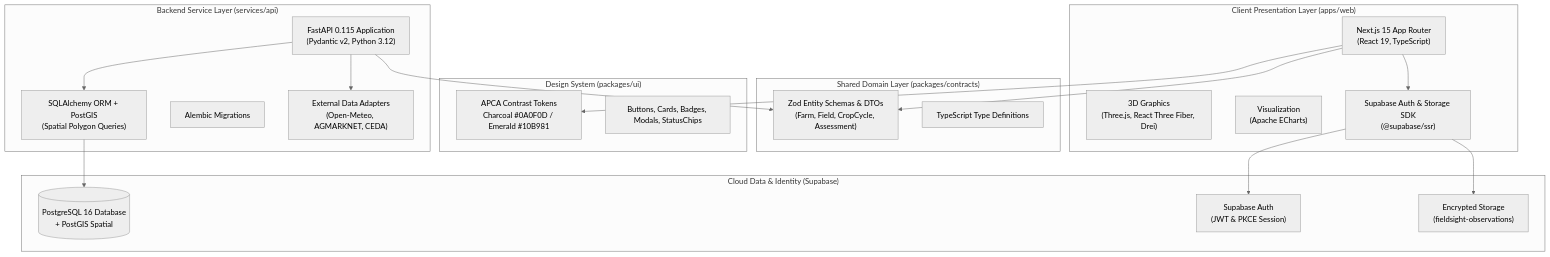
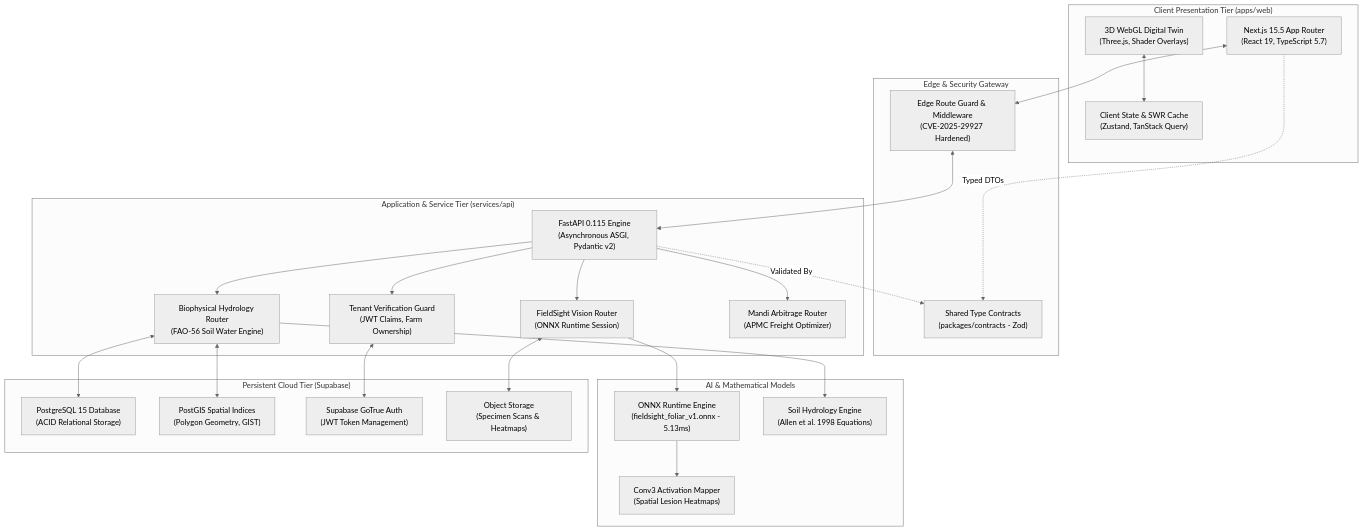
One commit to TanishBane/Nexfield changed the first of 6 diagrams in README.md. Above: the diagram before and after it, drawn with Mermaid (neutral theme). The commit also changed other lines of this file and 32 other files, not shown here.

````diff
--- a/README.md
+++ b/README.md
@@ -301,42 +96,54 @@
 ```mermaid
 flowchart TB
-    subgraph Client Application ["Client Presentation Layer (apps/web)"]
-        Next["Next.js 15 App Router\n(React 19, TypeScript)"]
-        R3F["3D Graphics\n(Three.js, React Three Fiber, Drei)"]
-        Charts["Visualization\n(Apache ECharts)"]
-        SupaClient["Supabase Auth & Storage SDK\n(@supabase/ssr)"]
+    subgraph Client ["Client Presentation Tier (apps/web)"]
+        Next["Next.js 15.5 App Router<br/>(React 19, TypeScript 5.7)"]
+        ThreeCanvas["3D WebGL Digital Twin<br/>(Three.js, Shader Overlays)"]
+        ClientState["Client State & SWR Cache<br/>(Zustand, TanStack Query)"]
     end
 
-    subgraph Shared Contracts ["Shared Domain Layer (packages/contracts)"]
-        ZodSchemas["Zod Entity Schemas & DTOs\n(Farm, Field, CropCycle, Assessment)"]
-        TypeDefinitions["TypeScript Type Definitions"]
+    subgraph Edge ["Edge & Security Gateway"]
+        EdgeGuard["Edge Route Guard & Middleware<br/>(CVE-2025-29927 Hardened)"]
+        Contracts["Shared Type Contracts<br/>(packages/contracts - Zod)"]
     end
 
-    subgraph UI System ["Design System (packages/ui)"]
-        Primitives["APCA Contrast Tokens\nCharcoal #0A0F0D / Emerald #10B981"]
-        Components["Buttons, Cards, Badges, Modals, StatusChips"]
+    subgraph Service ["Application & Service Tier (services/api)"]
+        FastAPI["FastAPI 0.115 Engine<br/>(Asynchronous ASGI, Pydantic v2)"]
+        AuthGuard["Tenant Verification Guard<br/>(JWT Claims, Farm Ownership)"]
+        TwinRouter["Biophysical Hydrology Router<br/>(FAO-56 Soil Water Engine)"]
+        SightRouter["FieldSight Vision Router<br/>(ONNX Runtime Session)"]
+        MarketRouter["Mandi Arbitrage Router<br/>(APMC Freight Optimizer)"]
     end
 
-    subgraph Backend Services ["Backend Service Layer (services/api)"]
-        FastAPI["FastAPI 0.115 Application\n(Pydantic v2, Python 3.12)"]
-        ORM["SQLAlchemy ORM + PostGIS\n(Spatial Polygon Queries)"]
-        Alembic["Alembic Migrations"]
-        Adapters["External Data Adapters\n(Open-Meteo, AGMARKNET, CEDA)"]
+    subgraph Models ["AI & Mathematical Models"]
+        ONNX["ONNX Runtime Engine<br/>(fieldsight_foliar_v1.onnx - 5.13ms)"]
+        CAM["Conv3 Activation Mapper<br/>(Spatial Lesion Heatmaps)"]
+        BioPhys["Soil Hydrology Engine<br/>(Allen et al. 1998 Equations)"]
     end
 
-    subgraph Cloud Storage ["Cloud Data & Identity (Supabase)"]
-        Postgres[("PostgreSQL 16 Database\n+ PostGIS Spatial")]
-        AuthService["Supabase Auth\n(JWT & PKCE Session)"]
-        PrivateBucket["Encrypted Storage\n(fieldsight-observations)"]
+    subgraph Database ["Persistent Cloud Tier (Supabase)"]
+        Postgres["PostgreSQL 15 Database<br/>(ACID Relational Storage)"]
+        PostGIS["PostGIS Spatial Indices<br/>(Polygon Geometry, GIST)"]
+        SupaAuth["Supabase GoTrue Auth<br/>(JWT Token Management)"]
+        BlobStore["Object Storage<br/>(Specimen Scans & Heatmaps)"]
     end
 
-    Next --> ZodSchemas
-    Next --> Primitives
-    Next --> SupaClient
-    SupaClient --> AuthService
-    SupaClient --> PrivateBucket
-    FastAPI --> ZodSchemas
-    FastAPI --> ORM
-    ORM --> Postgres
-    FastAPI --> Adapters
+    Next <--> EdgeGuard
+    ThreeCanvas <--> ClientState
+    EdgeGuard <--> FastAPI
+    Next -. Typed DTOs .-> Contracts
+    FastAPI -. Validated By .-> Contracts
+
+    FastAPI --> AuthGuard
+    FastAPI --> TwinRouter
+    FastAPI --> SightRouter
+    FastAPI --> MarketRouter
+
+    SightRouter --> ONNX
+    ONNX --> CAM
+    TwinRouter --> BioPhys
+
+    AuthGuard <--> SupaAuth
+    TwinRouter <--> Postgres
+    TwinRouter <--> PostGIS
+    SightRouter <--> BlobStore
 ```
````
